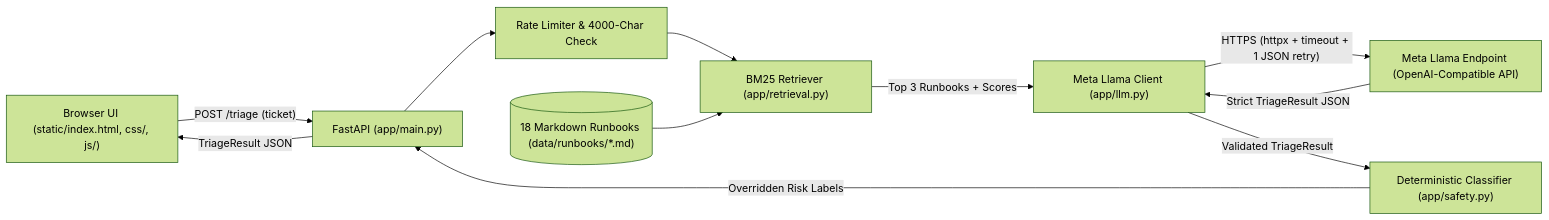
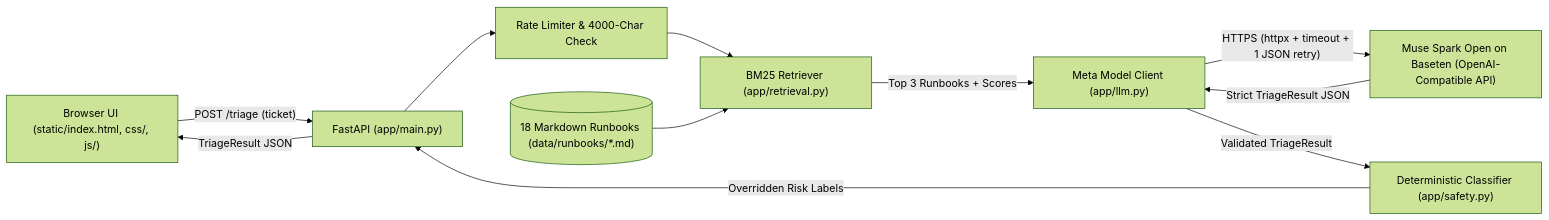
One commit to Daddy-Ousen/RunBookPilot changed the diagram in README.md. Above: the diagram before and after it, drawn with Mermaid (forest theme). The commit also changed other lines of this file and 4 other files, not shown here.

````diff
--- a/README.md
+++ b/README.md
@@ -31,22 +31,22 @@
 ```mermaid
 flowchart LR
     UI["Browser UI (static/index.html, css/, js/)"]
     API["FastAPI (app/main.py)"]
     RL["Rate Limiter & 4000-Char Check"]
     BM25["BM25 Retriever (app/retrieval.py)"]
     RB[("18 Markdown Runbooks (data/runbooks/*.md)")]
-    LLM["Meta Llama Client (app/llm.py)"]
-    META["Meta Llama Endpoint (OpenAI-Compatible API)"]
+    LLM["Meta Model Client (app/llm.py)"]
+    META["Muse Spark Open on Baseten (OpenAI-Compatible API)"]
     SAFE["Deterministic Classifier (app/safety.py)"]
 
     UI -- "POST /triage (ticket)" --> API
     API --> RL
     RL --> BM25
     RB --> BM25
     BM25 -- "Top 3 Runbooks + Scores" --> LLM
     LLM -- "HTTPS (httpx + timeout + 1 JSON retry)" --> META
     META -- "Strict TriageResult JSON" --> LLM
     LLM -- "Validated TriageResult" --> SAFE
     SAFE -- "Overridden Risk Labels" --> API
     API -- "TriageResult JSON" --> UI
 ```
````
